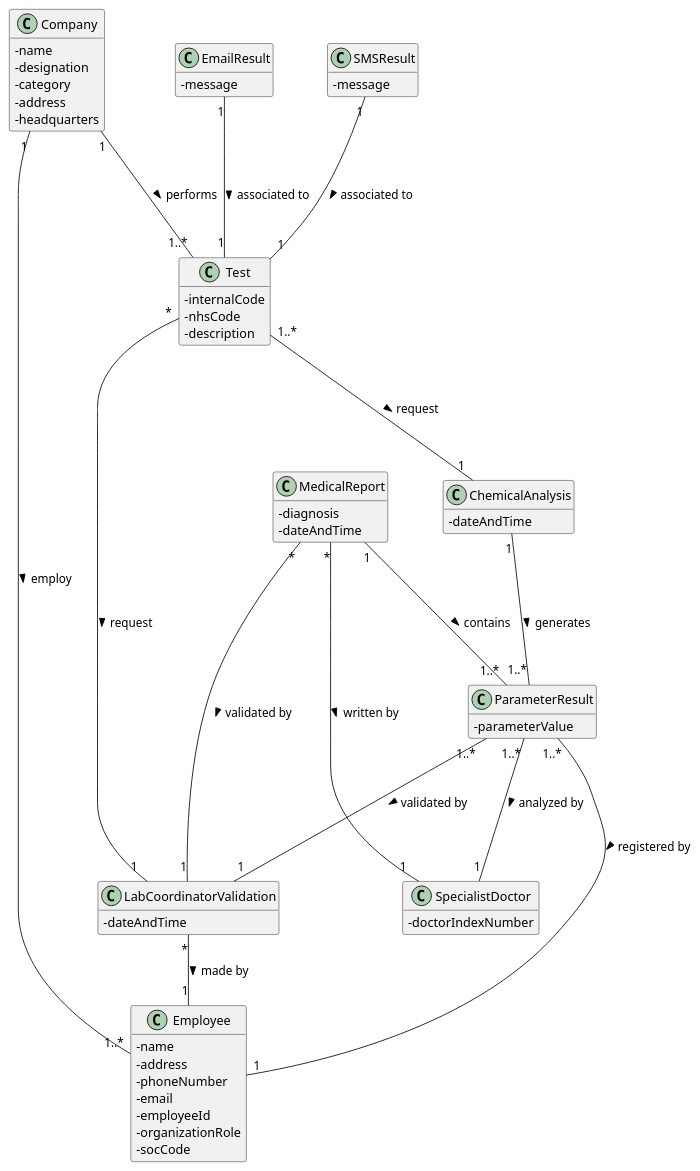
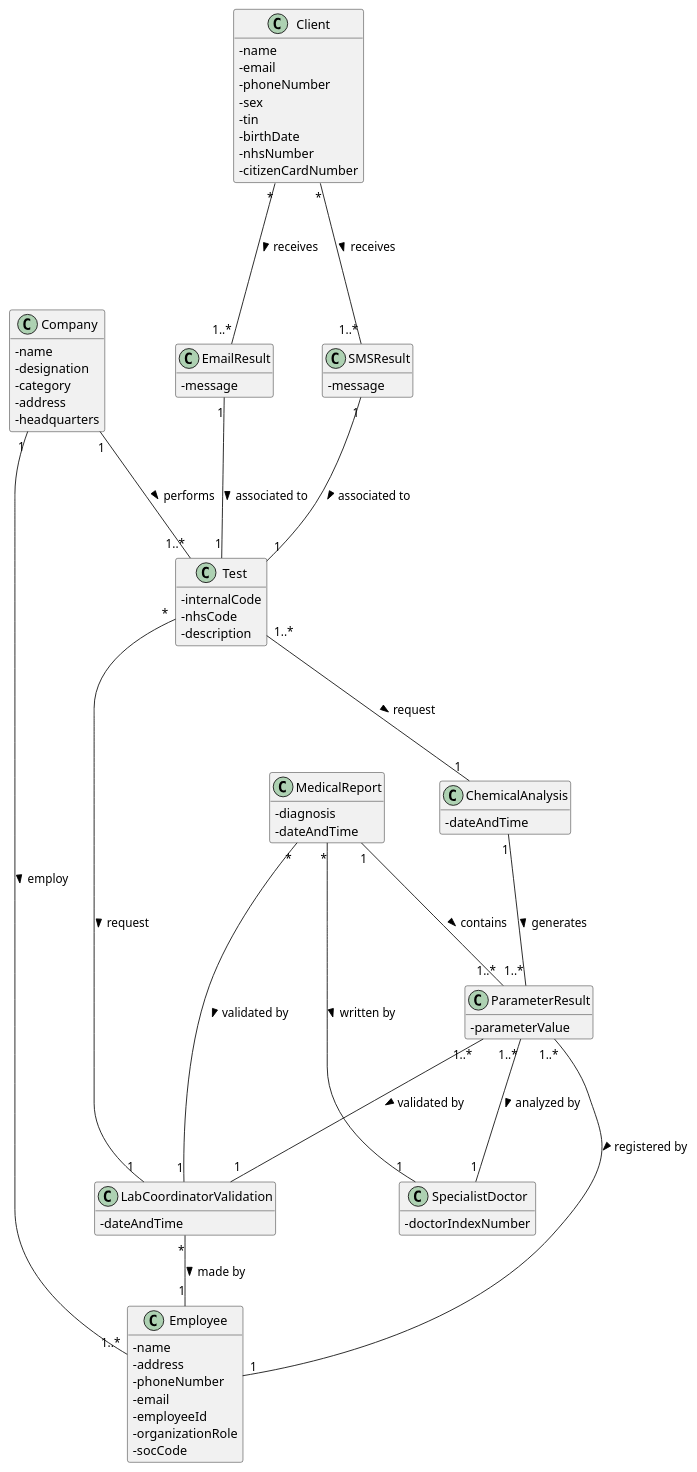
One commit to manu-07-ela/LAPR2_ISEP changed the diagram in docs/SprintC/US15/US15_DM.puml. Above: the diagram before and after it, drawn with PlantUML. The commit also changed 3 other files, not shown here.

```diff
--- a/docs/SprintC/US15/US15_DM.puml
+++ b/docs/SprintC/US15/US15_DM.puml
@@ -1,95 +1,109 @@
 @startuml
 'https://plantuml.com/class-diagram
 hide methods
 skinparam classAttributeIconSize 0
 
 class Company
 class LabCoordinatorValidation
 class Employee
 class ChemicalAnalysis
 class SpecialistDoctor
 class MedicalReport
 class ParameterResult
 class Test
 class EmailResult
 class SMSResult
 
 
 class Company{
 -name
 -designation
 -category
 -address
 -headquarters
 }
 
 class LabCoordinatorValidation {
 -dateAndTime
 }
 
 class Employee {
 -name
 -address
 -phoneNumber
 -email
 -employeeId
 -organizationRole
 -socCode
+}
+
+class Client{
+ - name
+ - email
+ - phoneNumber
+ - sex
+ - tin
+ - birthDate
+ - nhsNumber
+ - citizenCardNumber
 }
 
 class ChemicalAnalysis{
 -dateAndTime
 }
 
 class SpecialistDoctor{
 -doctorIndexNumber
 }
 
 class MedicalReport{
 -diagnosis
 -dateAndTime
 }
 
 class ParameterResult{
 -parameterValue
 }
 
 
 class Test{
 -internalCode
 -nhsCode
 -description
 }
 
 class EmailResult{
 -message
 }
 
 class SMSResult{
 -message
 }
 
 
 ChemicalAnalysis "1"---"1..*" ParameterResult: generates >
 
 Company "1"---"1..*" Employee : employ >
 Company "1"---"1..*" Test : performs >
 
+Client "*"---"1..*" SMSResult : receives >
+Client "*"---"1..*" EmailResult : receives >
+
 LabCoordinatorValidation "*"--"1" Employee : made by >
 
 MedicalReport "*"---"1" LabCoordinatorValidation : validated by >
 MedicalReport "1"---"1..*" ParameterResult : contains >
 MedicalReport "*"---"1" SpecialistDoctor : written by >
 
 Test "1..*" ---"1" ChemicalAnalysis : request >
 Test "*" --- "1" LabCoordinatorValidation : request >
 
 ParameterResult "1..*"---"1" Employee: registered by >
 ParameterResult "1..*"---"1" LabCoordinatorValidation : validated by >
 ParameterResult "1..*"---"1" SpecialistDoctor : analyzed by >
 
 EmailResult "1"---"1" Test : associated to >
 
 SMSResult "1"---"1" Test : associated to >
 
 @enduml
```
